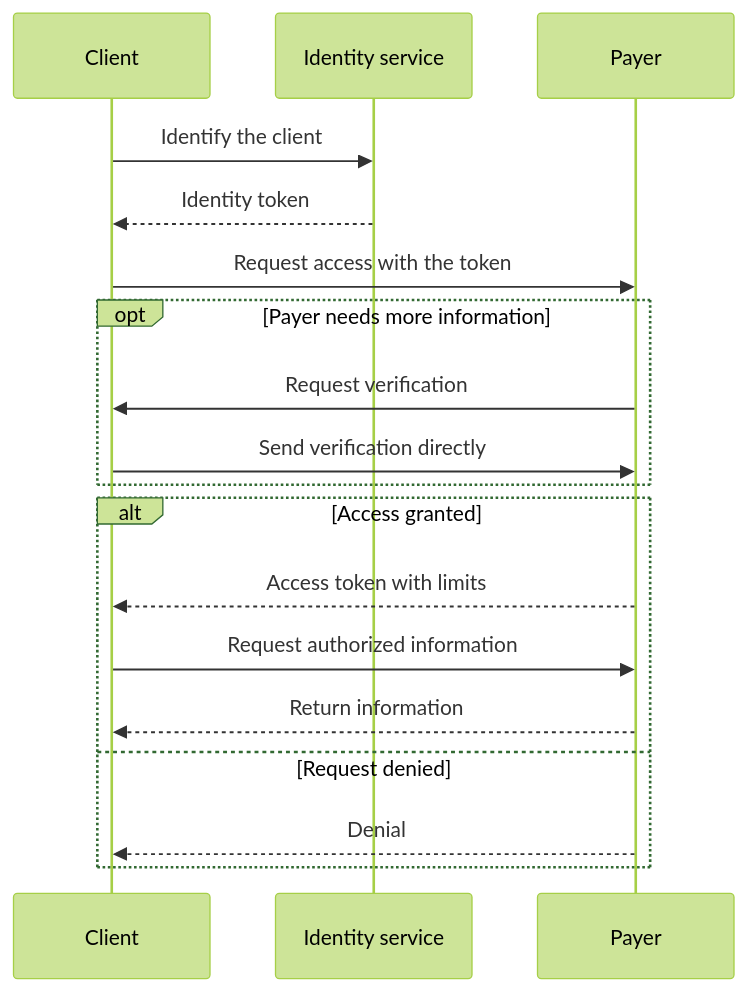
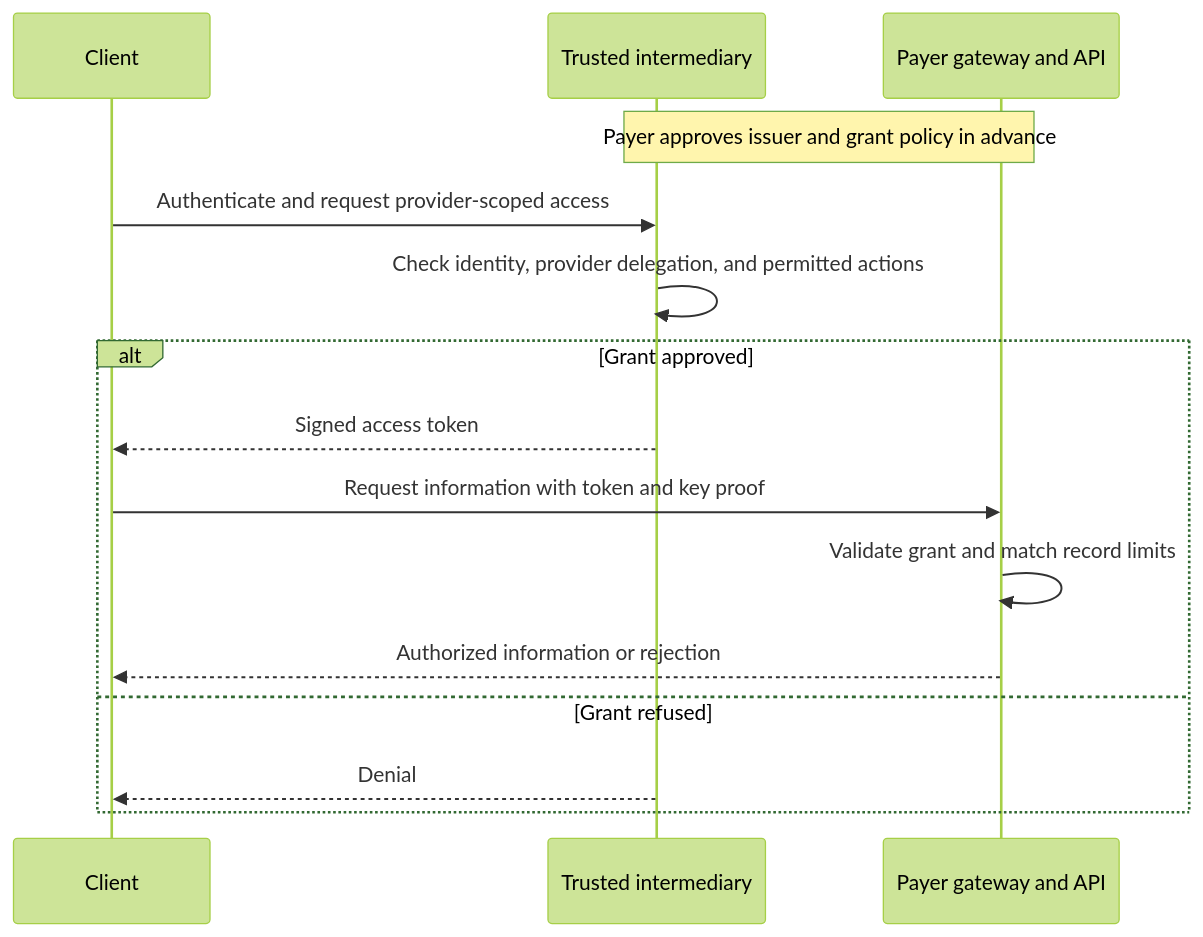
The diagram in spec/identity/hap-1.md (Healthcare-Agent-Protocol/healthcare-agent-protocol), drawn with Mermaid (forest theme) before and after one commit. The commit also changed other lines of this file and 7 other files, not shown here.

Commit message:
docs(auth): delegate identity and access grants to intermediaries

````diff
--- a/spec/identity/hap-1.md
+++ b/spec/identity/hap-1.md
@@ -35,20 +32,17 @@
 ```mermaid
 sequenceDiagram
     participant C as Client
-    participant I as Identity service
-    participant P as Payer
-    C->>I: Identify the client
-    I-->>C: Identity token
-    C->>P: Request access with the token
-    opt Payer needs more information
-        P->>C: Request verification
-        C->>P: Send verification directly
-    end
-    alt Access granted
-        P-->>C: Access token with limits
-        C->>P: Request authorized information
-        P-->>C: Return information
-    else Request denied
-        P-->>C: Denial
+    participant I as Trusted intermediary
+    participant P as Payer gateway and API
+    Note over I,P: Payer approves issuer and grant policy in advance
+    C->>I: Authenticate and request provider-scoped access
+    I->>I: Check identity, provider delegation, and permitted actions
+    alt Grant approved
+        I-->>C: Signed access token
+        C->>P: Request information with token and key proof
+        P->>P: Validate grant and match record limits
+        P-->>C: Authorized information or rejection
+    else Grant refused
+        I-->>C: Denial
     end
 ```
````
